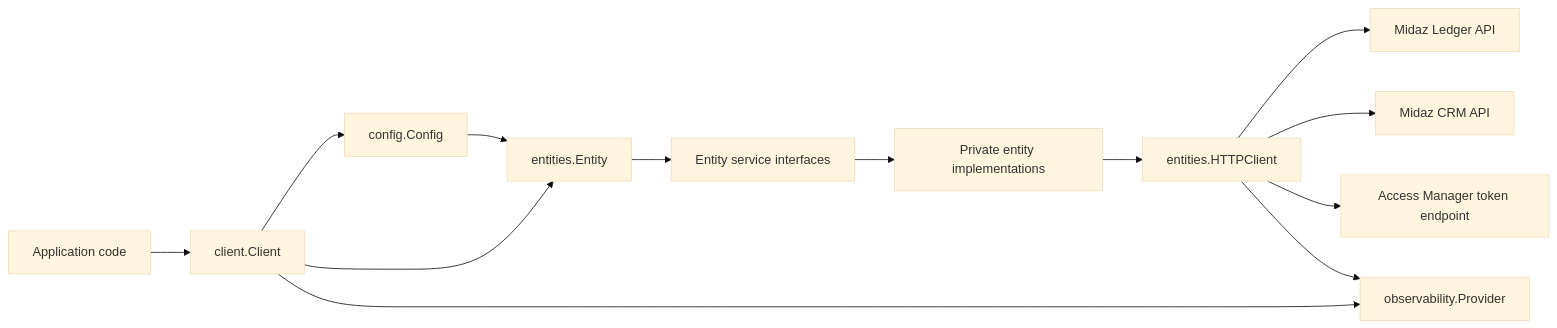
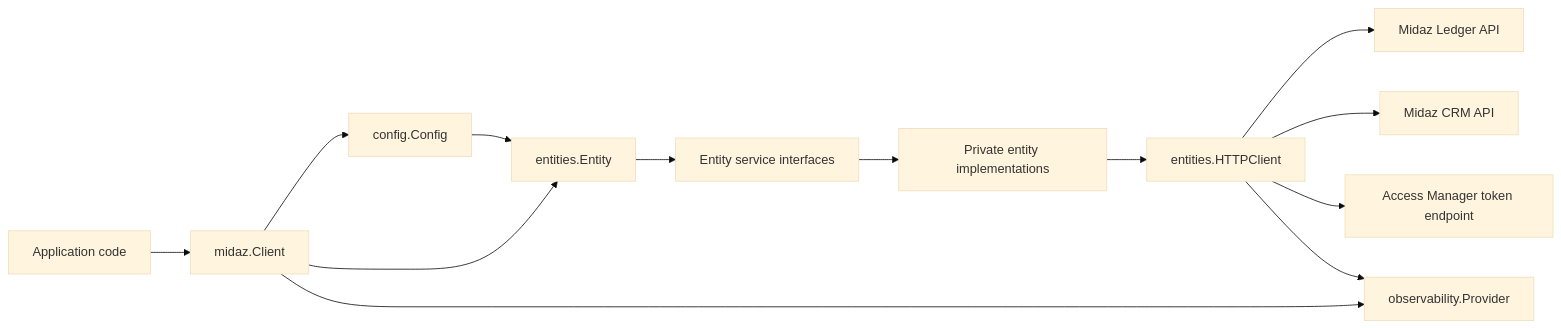
Before and after one commit to LerianStudio/midaz-sdk-golang: the first of 3 diagrams in docs/comprehensive-architecture.md, drawn with Mermaid (base theme). The commit also changed other lines of this file and 25 other files, not shown here.

````diff
--- a/docs/comprehensive-architecture.md
+++ b/docs/comprehensive-architecture.md
@@ -21,18 +21,18 @@
 ```mermaid
 flowchart LR
-    App[Application code] --> Client[client.Client]
+    App[Application code] --> Client[midaz.Client]
     Client --> Config[config.Config]
     Client --> Entity[entities.Entity]
 
     Config --> Entity
     Entity --> Services[Entity service interfaces]
     Services --> Impl[Private entity implementations]
     Impl --> HTTP[entities.HTTPClient]
 
     HTTP --> Ledger[Midaz Ledger API]
     HTTP --> CRM[Midaz CRM API]
     HTTP --> Access[Access Manager token endpoint]
 
     Client --> Obs[observability.Provider]
     HTTP --> Obs
 ```
````
